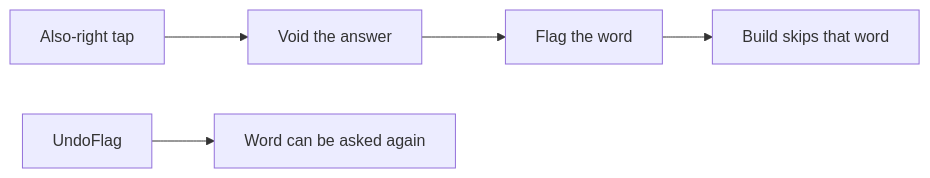
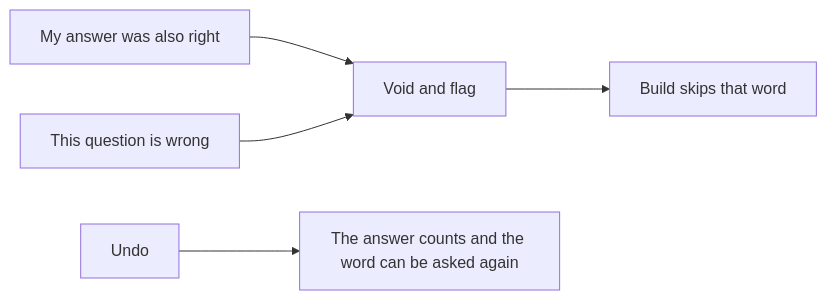
Before and after one commit to NetworkBuild3r/hebrew-lessons: the fifth of 5 diagrams in sdd/initiatives/INIT-039-one-platform-lessons-that-teach/diagrams.md, drawn with Mermaid. The commit also changed other lines of this file and 152 other files, not shown here.

````diff
--- a/sdd/initiatives/INIT-039-one-platform-lessons-that-teach/diagrams.md
+++ b/sdd/initiatives/INIT-039-one-platform-lessons-that-teach/diagrams.md
@@ -43,7 +59,7 @@
 ```mermaid
 flowchart LR
-  tap[Also-right tap] --> void[Void the answer]
-  void --> flag[Flag the word]
-  flag --> skip[Build skips that word]
-  undo[UndoFlag] --> back[Word can be asked again]
+  miss[My answer was also right] --> take[Void and flag]
+  right[This question is wrong] --> take
+  take --> skip[Build skips that word]
+  undo[Undo] --> back[The answer counts and the word can be asked again]
 ```
````
